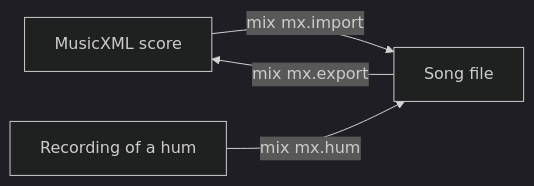
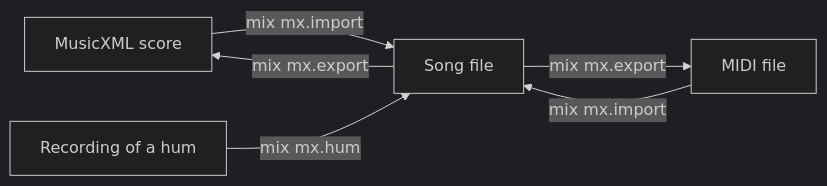
One commit to mx-music/mx changed the diagram in documentation/scores.md. Above: the diagram before and after it, drawn with Mermaid (dark theme). The commit also changed other lines of this file and 8 other files, not shown here.

Commit message:
Import and export MIDI files

````diff
--- a/documentation/scores.md
+++ b/documentation/scores.md
@@ -7,10 +7,13 @@
 ```mermaid
 graph LR
   score["MusicXML score"]
+  midi["MIDI file"]
   hum["Recording of a hum"]
   song["Song file"]
 
   score -->|mix mx.import| song
   song -->|mix mx.export| score
+  midi -->|mix mx.import| song
+  song -->|mix mx.export| midi
   hum -->|mix mx.hum| song
 ```
````
